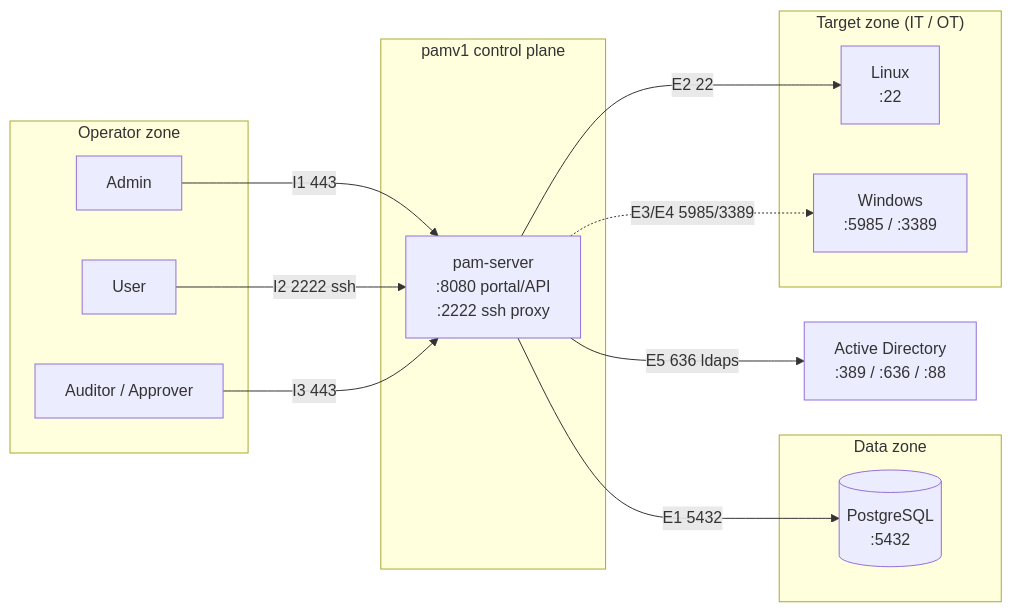
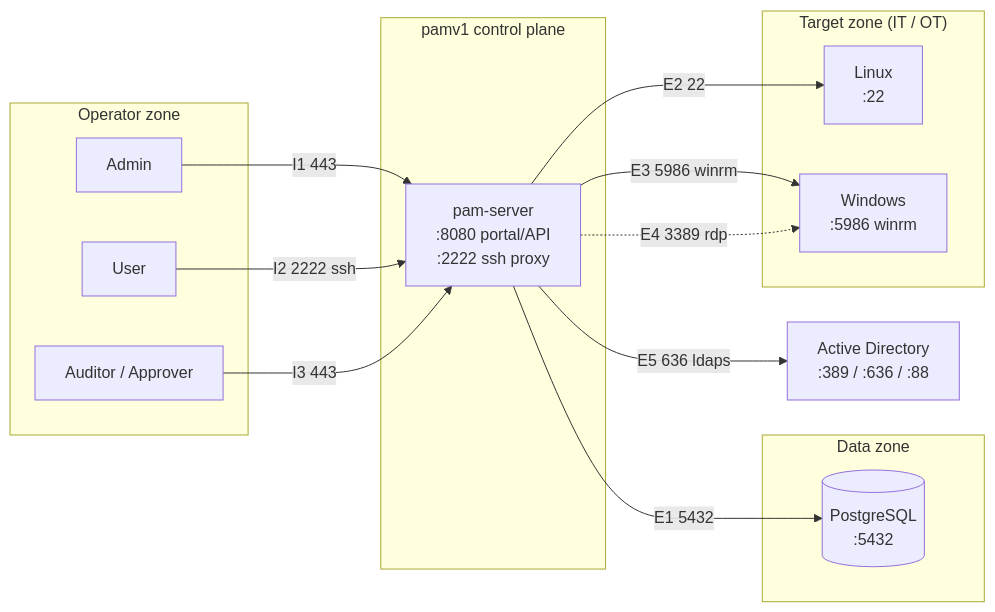
One commit to morandeirachema/pamv1 changed the diagram in docs/PORTS-AND-FLOWS.md. Above: the diagram before and after it, drawn with Mermaid. The commit also changed other lines of this file and 15 other files, not shown here.

````diff
--- a/docs/PORTS-AND-FLOWS.md
+++ b/docs/PORTS-AND-FLOWS.md
@@ -61,27 +61,28 @@
 ```mermaid
 flowchart LR
     subgraph OPS["Operator zone"]
         A["Admin"]
         U["User"]
         R["Auditor / Approver"]
     end
     subgraph PAM["pamv1 control plane"]
         S["pam-server<br/>:8080 portal/API<br/>:2222 ssh proxy"]
     end
     subgraph DATA["Data zone"]
         DB[("PostgreSQL<br/>:5432")]
     end
     subgraph TGT["Target zone (IT / OT)"]
         L["Linux<br/>:22"]
-        W["Windows<br/>:5985 / :3389"]
+        W["Windows<br/>:5986 winrm"]
     end
     ID["Active Directory<br/>:389 / :636 / :88"]
 
     A -->|"I1 443"| S
     U -->|"I2 2222 ssh"| S
     R -->|"I3 443"| S
     S -->|"E1 5432"| DB
     S -->|"E2 22"| L
-    S -.->|"E3/E4 5985/3389"| W
+    S -->|"E3 5986 winrm"| W
+    S -.->|"E4 3389 rdp"| W
     S -->|"E5 636 ldaps"| ID
 ```
````
